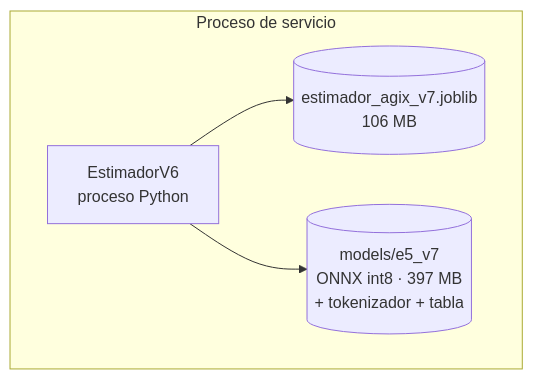
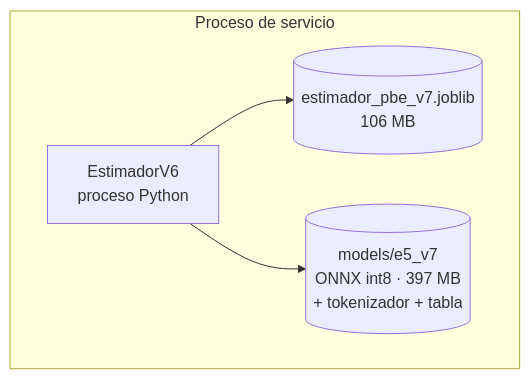
Diagram 15 of 15 in estimador/DISENO_PIPELINE.md (DTomasVr/Estimacion-progresiva-backlog), drawn with Mermaid before and after one commit. The commit also changed other lines of this file and 437 other files, not shown here.

````diff
--- a/estimador/DISENO_PIPELINE.md
+++ b/estimador/DISENO_PIPELINE.md
@@ -1577,10 +1577,10 @@
 ```mermaid
 flowchart TB
     subgraph SRV["Proceso de servicio"]
         API["EstimadorV6<br/>proceso Python"]
-        PKG[("estimador_agix_v7.joblib<br/>106 MB")]
+        PKG[("estimador_pbe_v7.joblib<br/>106 MB")]
         B[("models/e5_v7<br/>ONNX int8 · 397 MB<br/>+ tokenizador + tabla")]
         API --> PKG
         API --> B
     end
 ```
````
